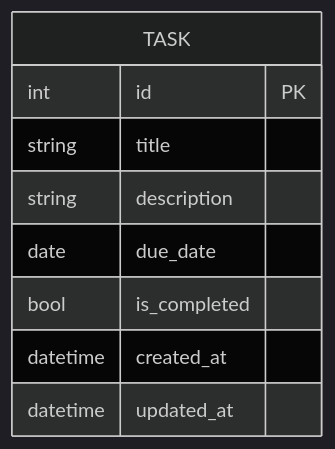
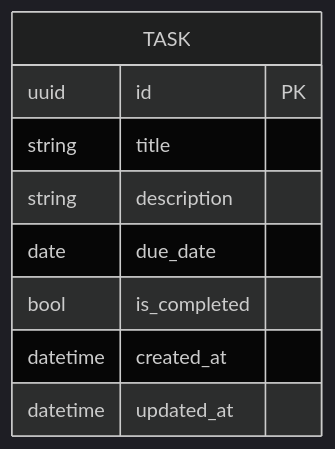
The fourth of 6 diagrams in docs/03-tdd.md (sayef-reyadh-labs/smarter-todo), drawn with Mermaid (dark theme) before and after one commit. The commit also changed other lines of this file and 1 other file, not shown here.

Commit message:
docs: document uuid ids in tdd and srs (#3)

````diff
--- a/docs/03-tdd.md
+++ b/docs/03-tdd.md
@@ -146,12 +146,12 @@
 ```mermaid
 erDiagram
     TASK {
-        int id PK
+        uuid id PK
         string title
         string description
         date due_date
         bool is_completed
         datetime created_at
         datetime updated_at
     }
 ```
````
